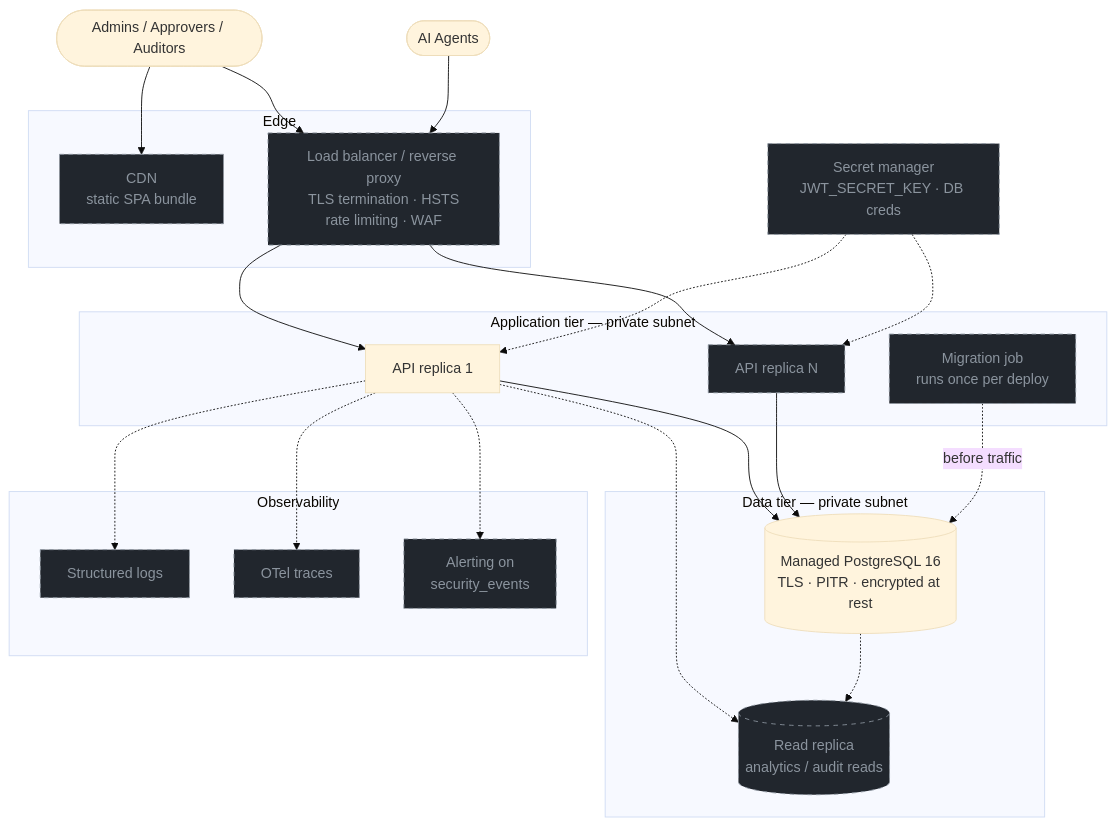
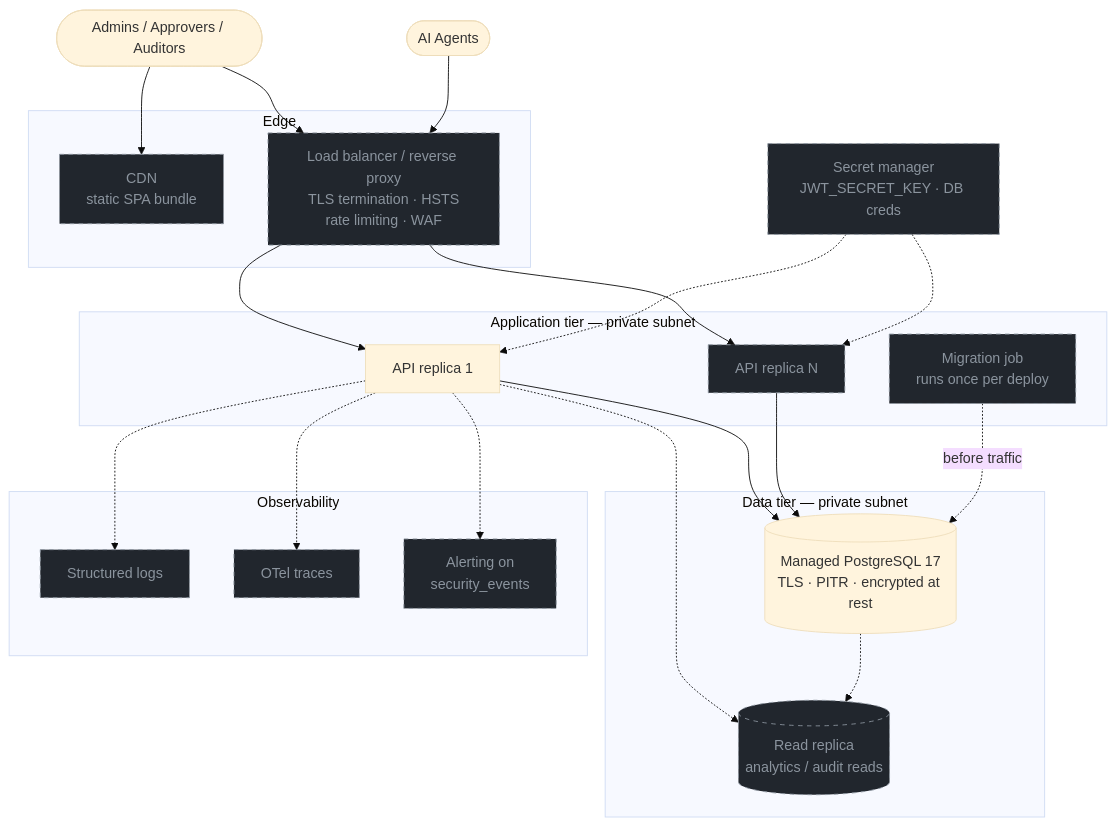
One commit to Umair-zaka-ui/ai-agent-control-tower changed the third of 3 diagrams in docs/architecture/deployment/deployment.md. Above: the diagram before and after it, drawn with Mermaid (base theme). The commit also changed other lines of this file and 12 other files, not shown here.

````diff
--- a/docs/architecture/deployment/deployment.md
+++ b/docs/architecture/deployment/deployment.md
@@ -103,48 +103,48 @@
 ```mermaid
 flowchart TB
     users(["Admins / Approvers / Auditors"])
     agents(["AI Agents"])
 
     subgraph edge["Edge"]
         cdn["CDN<br/>static SPA bundle"]
         lb["Load balancer / reverse proxy<br/>TLS termination · HSTS<br/>rate limiting · WAF"]
     end
 
     subgraph app["Application tier — private subnet"]
         api1["API replica 1"]
         api2["API replica N"]
         mig["Migration job<br/>runs once per deploy"]
     end
 
     subgraph data["Data tier — private subnet"]
-        pg[("Managed PostgreSQL 16<br/>TLS · PITR · encrypted at rest")]
+        pg[("Managed PostgreSQL 17<br/>TLS · PITR · encrypted at rest")]
         replica[("Read replica<br/>analytics / audit reads")]
     end
 
     subgraph obs["Observability"]
         logs["Structured logs"]
         otel["OTel traces"]
         alerts["Alerting on<br/>security_events"]
     end
 
     sm["Secret manager<br/>JWT_SECRET_KEY · DB creds"]
 
     users --> cdn
     users --> lb
     agents --> lb
     lb --> api1
     lb --> api2
     api1 --> pg
     api2 --> pg
     api1 -.-> replica
     mig -.->|"before traffic"| pg
     pg -.-> replica
     api1 -.-> logs
     api1 -.-> otel
     api1 -.-> alerts
     sm -.-> api1
     sm -.-> api2
 
     classDef planned fill:#21262d,stroke:#8b949e,color:#8b949e,stroke-dasharray: 5 5
     class cdn,lb,api2,mig,replica,logs,otel,alerts,sm planned
 ```
````
